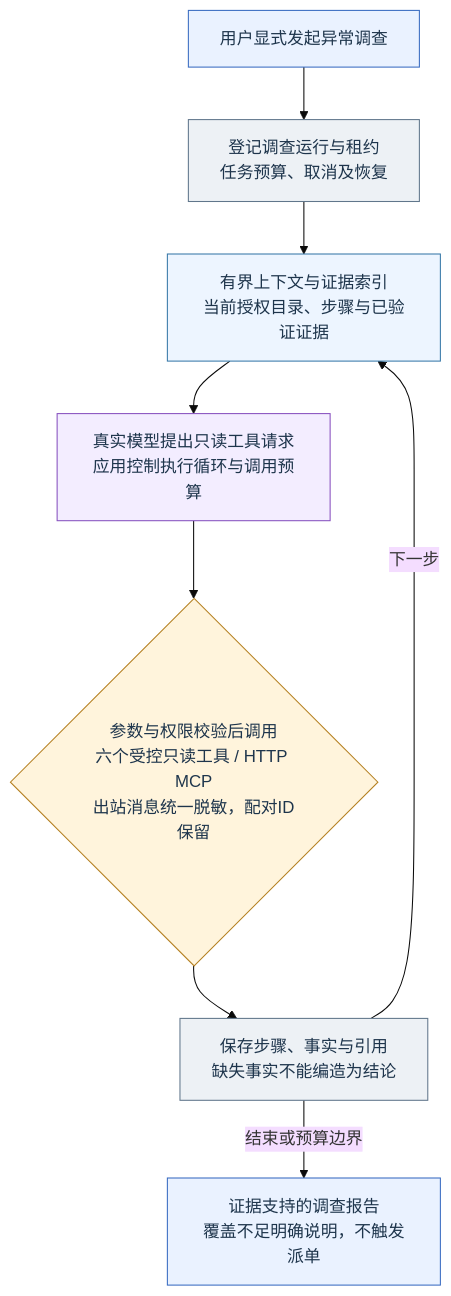
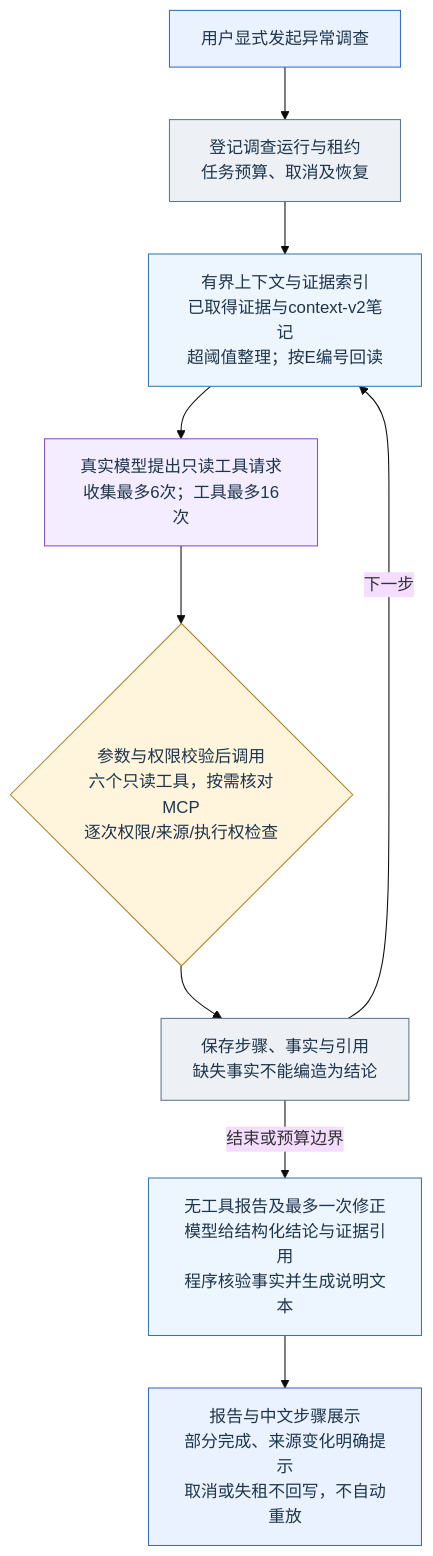
The diagram in docs/diagrams/demo-final/07.mmd (QSZJAVA/agent_demo), drawn with Mermaid (base theme) before and after one commit. The commit also changed 62 other files, not shown here.

```diff
--- a/docs/diagrams/demo-final/07.mmd
+++ b/docs/diagrams/demo-final/07.mmd
@@ -1,22 +1,24 @@
 flowchart TD
   ui["用户显式发起异常调查"]:::ui
   run["登记调查运行与租约<br/>任务预算、取消及恢复"]:::store
-  context["有界上下文与证据索引<br/>当前授权目录、步骤与已验证证据"]:::agent
-  model["真实模型提出只读工具请求<br/>应用控制执行循环与调用预算"]:::model
-  tools{"参数与权限校验后调用<br/>六个受控只读工具 / HTTP MCP<br/>出站消息统一脱敏，配对ID保留"}:::guard
+  context["有界上下文与证据索引<br/>已取得证据与context-v2笔记<br/>超阈值整理；按E编号回读"]:::agent
+  model["真实模型提出只读工具请求<br/>收集最多6次；工具最多16次"]:::model
+  tools{"参数与权限校验后调用<br/>六个只读工具，按需核对MCP<br/>逐次权限/来源/执行权检查"}:::guard
   facts["保存步骤、事实与引用<br/>缺失事实不能编造为结论"]:::store
-  report["证据支持的调查报告<br/>覆盖不足明确说明，不触发派单"]:::ui
+  report["无工具报告及最多一次修正<br/>模型给结构化结论与证据引用<br/>程序核验事实并生成说明文本"]:::agent
+  display["报告与中文步骤展示<br/>部分完成、来源变化明确提示<br/>取消或失租不回写，不自动重放"]:::ui
   ui --> run
   run --> context
   context --> model
   model --> tools
   tools --> facts
   facts -->|"下一步"| context
   facts -->|"结束或预算边界"| report
+  report --> display
   classDef ui fill:#eaf2ff,stroke:#386bc1,color:#1e354c
   classDef agent fill:#edf5ff,stroke:#3778a8,color:#1e354c
   classDef model fill:#f3edff,stroke:#8751bf,color:#1e354c
   classDef business fill:#e8f7ef,stroke:#268255,color:#1e354c
   classDef guard fill:#fff4dc,stroke:#b58022,color:#1e354c
   classDef error fill:#fff0ef,stroke:#ba534e,color:#1e354c
   classDef store fill:#edf1f5,stroke:#60768b,color:#1e354c
```
